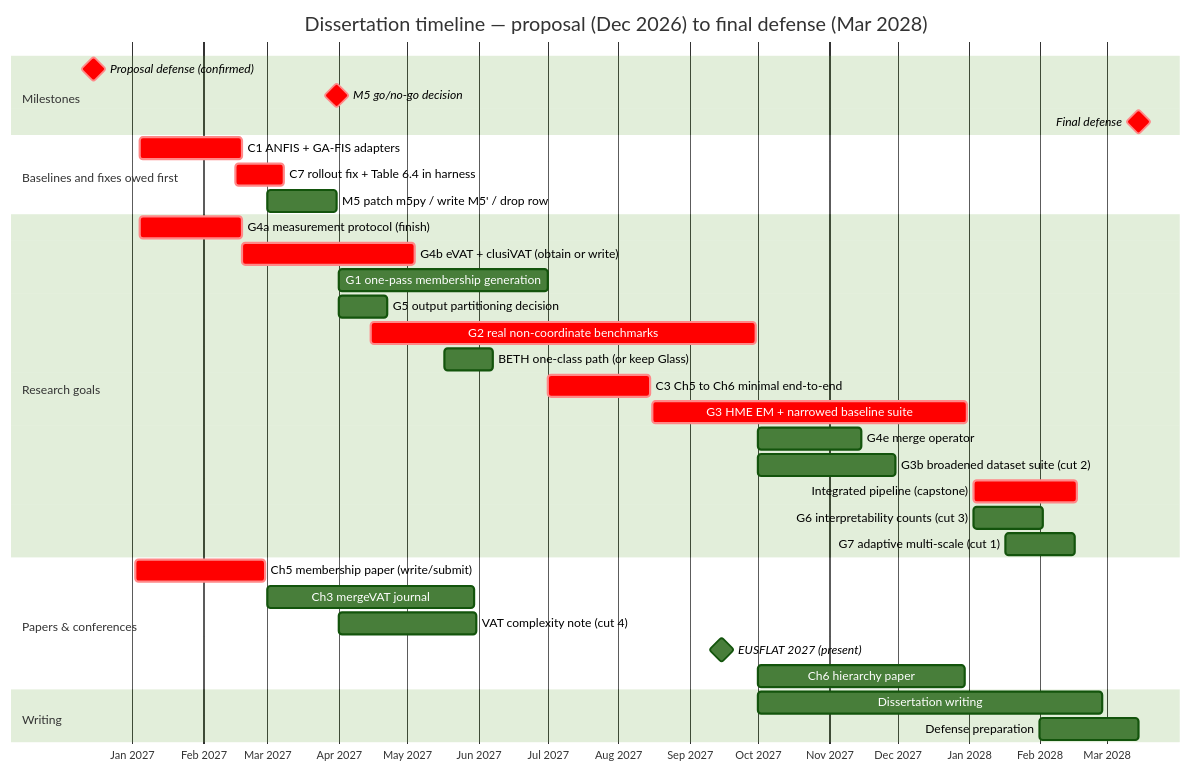
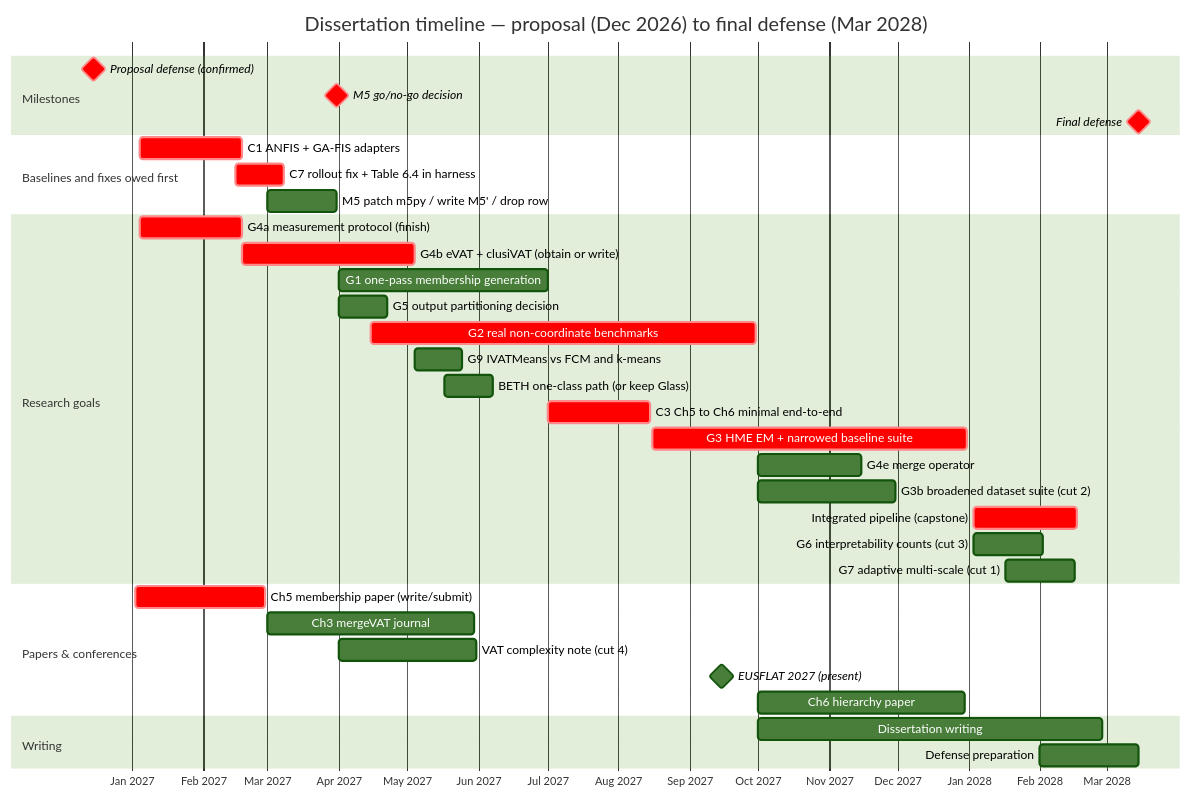
Before and after one commit to fundthmcalculus/grad-school: the diagram in research/proposal-defense/prose/10-timeline.md, drawn with Mermaid (forest theme). The commit also changed other lines of this file and 5 other files, not shown here.

````diff
--- a/research/proposal-defense/prose/10-timeline.md
+++ b/research/proposal-defense/prose/10-timeline.md
@@ -13,43 +13,44 @@
 ```mermaid
 gantt
     title Dissertation timeline — proposal (Dec 2026) to final defense (Mar 2028)
     dateFormat  YYYY-MM-DD
     axisFormat  %b %Y
     todayMarker off
 
     section Milestones
     Proposal defense (confirmed)              :milestone, crit, 2026-12-15, 0d
     M5 go/no-go decision                      :milestone, crit, m5d, 2027-03-31, 0d
     Final defense                             :milestone, crit, 2028-03-15, 0d
 
     section Baselines and fixes owed first
     C1 ANFIS + GA-FIS adapters                :crit, c1, 2027-01-04, 45d
     C7 rollout fix + Table 6.4 in harness     :crit, c7, 2027-02-15, 21d
     M5 patch m5py / write M5' / drop row      :m5, 2027-03-01, 30d
 
     section Research goals
     G4a measurement protocol (finish)         :crit, g4a, 2027-01-04, 45d
     G4b eVAT + clusiVAT (obtain or write)     :crit, g4b, 2027-02-18, 75d
     G1 one-pass membership generation         :g1, 2027-04-01, 91d
     G5 output partitioning decision           :g5a, 2027-04-01, 21d
     G2 real non-coordinate benchmarks         :crit, g2, 2027-04-15, 168d
+    G9 IVATMeans vs FCM and k-means           :g9, 2027-05-04, 21d
     BETH one-class path (or keep Glass)       :beth, 2027-05-17, 21d
     C3 Ch5 to Ch6 minimal end-to-end          :crit, c3, 2027-07-01, 45d
     G3 HME EM + narrowed baseline suite       :crit, g3, 2027-08-16, 137d
     G4e merge operator: composition test      :g4e, 2027-10-01, 45d
     G3b broadened dataset suite (cut 2)       :g3b, 2027-10-01, 60d
     Integrated pipeline (capstone)            :crit, cap, 2028-01-03, 45d
     G6 interpretability counts (cut 3)        :g6, 2028-01-03, 30d
     G7 adaptive multi-scale (cut 1)           :g7, 2028-01-17, 30d
 
     section Papers & conferences
     Ch5 membership paper (write/submit)       :crit, p5, 2027-01-02, 57d
     Ch3 mergeVAT journal                      :p3, 2027-03-01, 90d
     VAT complexity note (cut 4)               :pk, 2027-04-01, 60d
     EUSFLAT 2027 (present)                    :milestone, e27, 2027-09-15, 0d
     Ch6 hierarchy paper                       :p6, 2027-10-01, 90d
 
     section Writing
     Dissertation writing                      :w, 2027-10-01, 150d
     Defense preparation                       :wp, 2028-02-01, 43d
 ```
````
